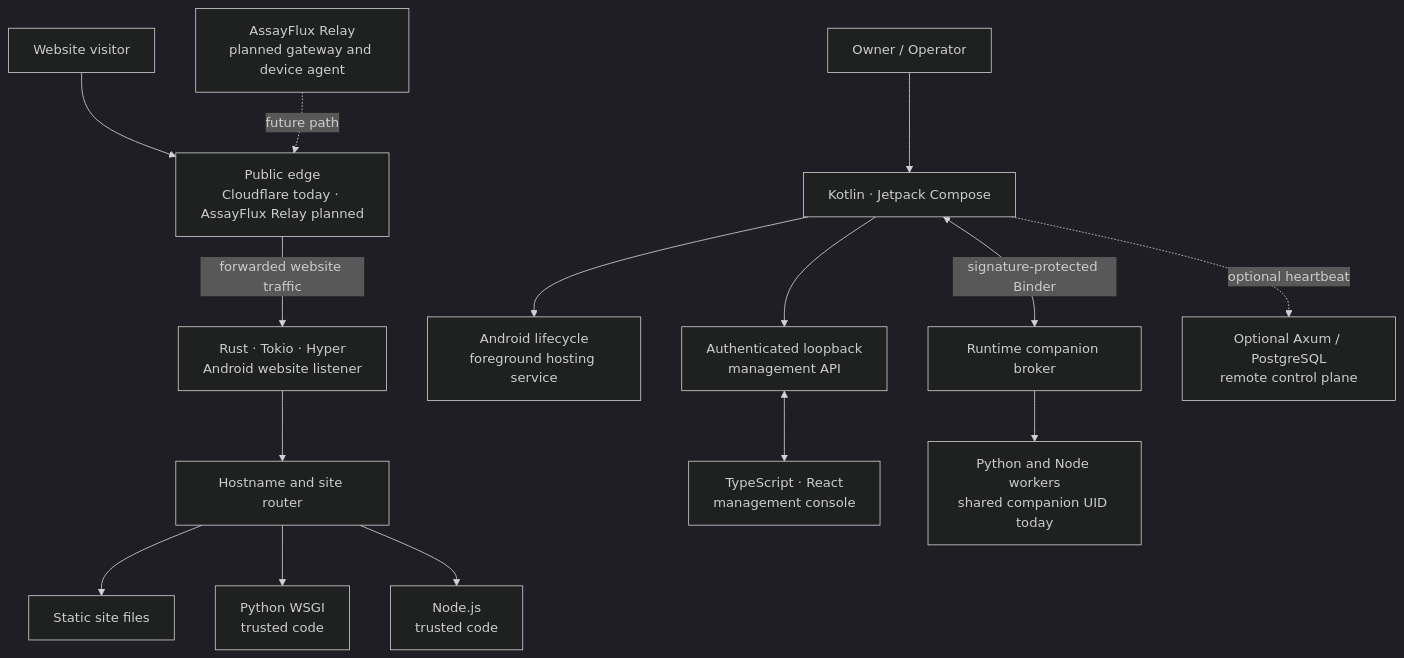
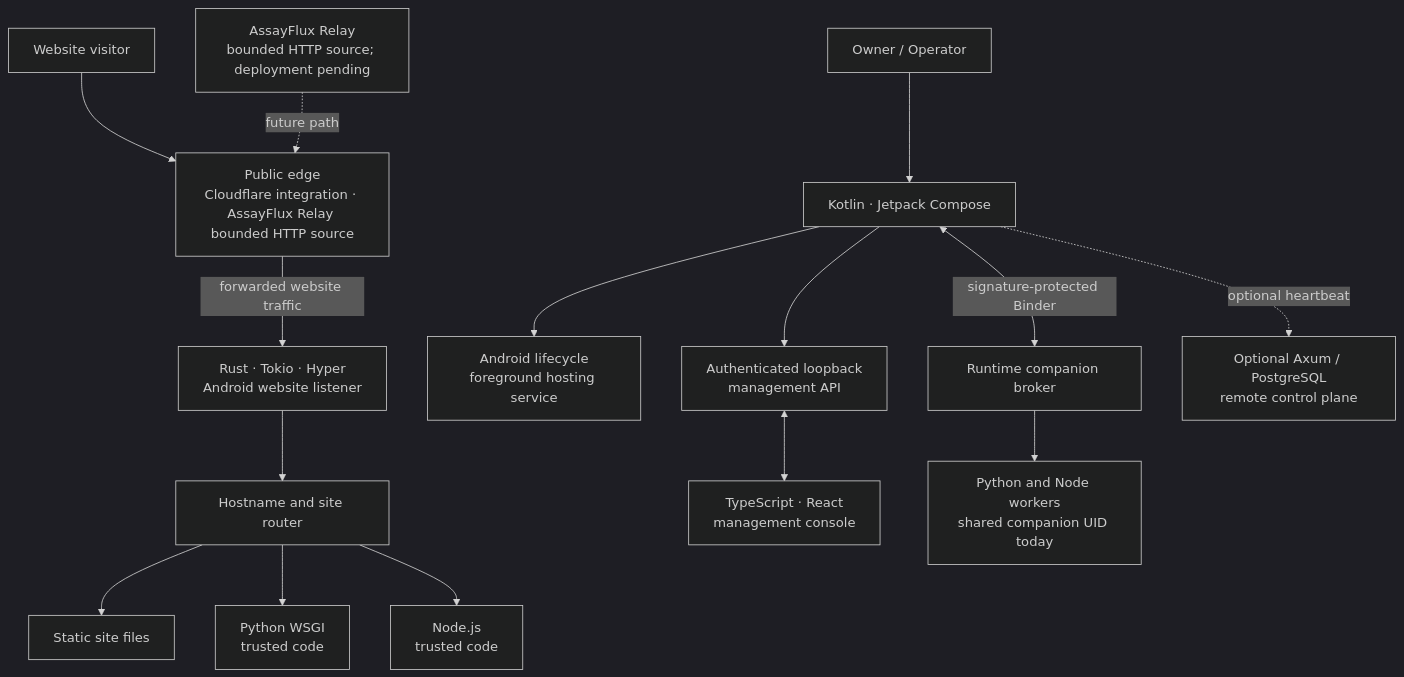
The diagram in README.md (AssayFlux/PocketHost), drawn with Mermaid (dark theme) before and after one commit. The commit also changed other lines of this file, not shown here.

Commit message:
docs: reconcile README with master plan v3 and Relay status

```diff
--- a/README.md
+++ b/README.md
@@ -151,20 +151,20 @@
 ~~~mermaid
 flowchart TB
-    VISITOR["Website visitor"] --> EDGE["Public edge<br/>Cloudflare today · AssayFlux Relay planned"]
+    VISITOR["Website visitor"] --> EDGE["Public edge<br/>Cloudflare integration · AssayFlux Relay bounded HTTP source"]
     EDGE -->|"forwarded website traffic"| RUST["Rust · Tokio · Hyper<br/>Android website listener"]
     RUST --> ROUTER["Hostname and site router"]
     ROUTER --> STATIC["Static site files"]
     ROUTER --> PY["Python WSGI<br/>trusted code"]
     ROUTER --> NODE["Node.js<br/>trusted code"]
 
     OWNER["Owner / Operator"] --> ANDROID["Kotlin · Jetpack Compose"]
     ANDROID --> LIFE["Android lifecycle<br/>foreground hosting service"]
     ANDROID --> MGMT["Authenticated loopback<br/>management API"]
     MGMT <--> CONSOLE["TypeScript · React<br/>management console"]
 
     ANDROID <-->|"signature-protected Binder"| BROKER["Runtime companion broker"]
     BROKER --> WORKERS["Python and Node workers<br/>shared companion UID today"]
 
     ANDROID -. optional heartbeat .-> CP["Optional Axum / PostgreSQL<br/>remote control plane"]
-    RELAY["AssayFlux Relay<br/>planned gateway and device agent"] -. future path .-> EDGE
+    RELAY["AssayFlux Relay<br/>bounded HTTP source; deployment pending"] -. future path .-> EDGE
 ~~~
```
